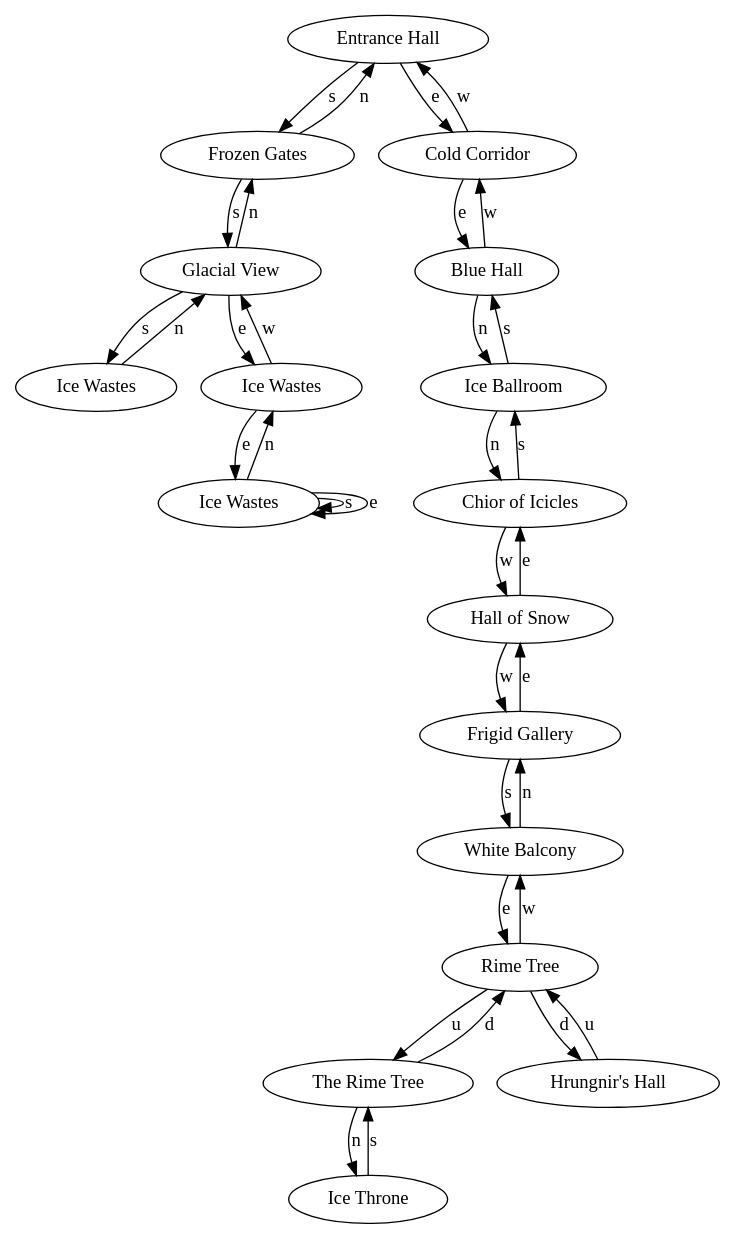
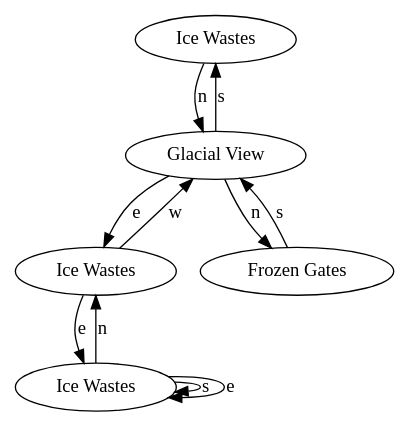
Before and after one commit to mcglincy/monster: the diagram in utils/maps/dot/ice_wastes.dot, drawn with Graphviz. The commit also changed 24 other files, not shown here.

```diff
--- a/utils/maps/dot/ice_wastes.dot
+++ b/utils/maps/dot/ice_wastes.dot
@@ -1,53 +1,17 @@
 digraph monster {
-room_24 [label="Entrance Hall"];
-room_24 -> room_408 [label="s"];
-room_24 -> room_265 [label="e"];
 room_205 [label="Ice Wastes"];
 room_205 -> room_407 [label="n"];
 room_212 [label="Ice Wastes"];
 room_212 -> room_213 [label="e"];
 room_212 -> room_407 [label="w"];
 room_213 [label="Ice Wastes"];
 room_213 -> room_212 [label="n"];
 room_213 -> room_213 [label="s"];
 room_213 -> room_213 [label="e"];
-room_265 [label="Cold Corridor"];
-room_265 -> room_266 [label="e"];
-room_265 -> room_24 [label="w"];
-room_266 [label="Blue Hall"];
-room_266 -> room_272 [label="n"];
-room_266 -> room_265 [label="w"];
-room_272 [label="Ice Ballroom"];
-room_272 -> room_273 [label="n"];
-room_272 -> room_266 [label="s"];
-room_273 [label="Chior of Icicles"];
-room_273 -> room_272 [label="s"];
-room_273 -> room_460 [label="w"];
 room_407 [label="Glacial View"];
 room_407 -> room_408 [label="n"];
 room_407 -> room_205 [label="s"];
 room_407 -> room_212 [label="e"];
 room_408 [label="Frozen Gates"];
-room_408 -> room_24 [label="n"];
 room_408 -> room_407 [label="s"];
-room_460 [label="Hall of Snow"];
-room_460 -> room_273 [label="e"];
-room_460 -> room_461 [label="w"];
-room_461 [label="Frigid Gallery"];
-room_461 -> room_462 [label="s"];
-room_461 -> room_460 [label="e"];
-room_462 [label="White Balcony"];
-room_462 -> room_461 [label="n"];
-room_462 -> room_463 [label="e"];
-room_463 [label="Rime Tree"];
-room_463 -> room_462 [label="w"];
-room_463 -> room_467 [label="u"];
-room_463 -> room_464 [label="d"];
-room_464 [label="Hrungnir's Hall"];
-room_464 -> room_463 [label="u"];
-room_466 [label="Ice Throne"];
-room_466 -> room_467 [label="s"];
-room_467 [label="The Rime Tree"];
-room_467 -> room_466 [label="n"];
-room_467 -> room_463 [label="d"];
 }
```
